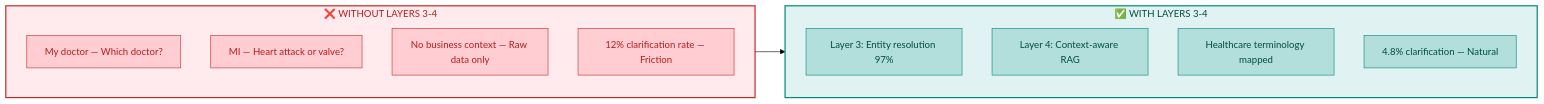
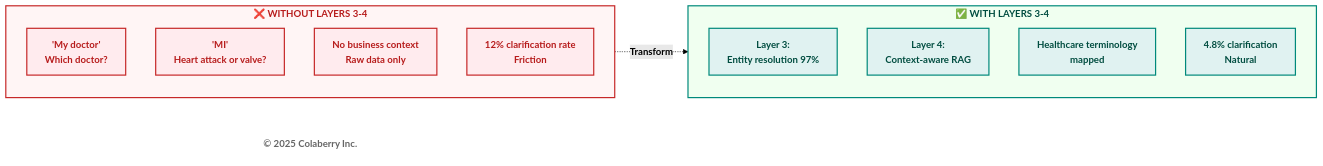
One commit to saitejesh-cyber/trust-before-intelligence-book changed the first of 13 diagrams in manuscript/chapter_5_intelligence_layers_v2_3.md. Above: the diagram before and after it, drawn with Mermaid (forest theme). The commit also changed other lines of this file and 52 other files, not shown here.

````diff
--- a/manuscript/chapter_5_intelligence_layers_v2_3.md
+++ b/manuscript/chapter_5_intelligence_layers_v2_3.md
@@ -15,29 +15,32 @@
 ```mermaid
-graph LR
-    subgraph BEFORE["❌ WITHOUT LAYERS 3-4"]
-        B1["My doctor — Which doctor?"]
-        B2["MI — Heart attack or valve?"]
-        B3["No business context — Raw data only"]
-        B4["12% clarification rate — Friction"]
+flowchart LR
+    subgraph WITHOUT["<b>❌ WITHOUT LAYERS 3-4</b>"]
+        W1["<b>'My doctor'</b><br/><b>Which doctor?</b>"]
+        W2["<b>'MI'</b><br/><b>Heart attack or valve?</b>"]
+        W3["<b>No business context</b><br/><b>Raw data only</b>"]
+        W4["<b>12% clarification rate</b><br/><b>Friction</b>"]
     end
-    
-    subgraph AFTER["✅ WITH LAYERS 3-4"]
-        A1["Layer 3: Entity resolution 97%"]
-        A2["Layer 4: Context-aware RAG"]
-        A3["Healthcare terminology mapped"]
-        A4["4.8% clarification — Natural"]
+
+    subgraph WITH["<b>✅ WITH LAYERS 3-4</b>"]
+        L3["<b>Layer 3:</b><br/><b>Entity resolution 97%</b>"]
+        L4["<b>Layer 4:</b><br/><b>Context-aware RAG</b>"]
+        H["<b>Healthcare terminology</b><br/><b>mapped</b>"]
+        N["<b>4.8% clarification</b><br/><b>Natural</b>"]
     end
-    
-    BEFORE --> AFTER
-    
-    style BEFORE fill:#ffebee,stroke:#c62828,stroke-width:2px,color:#b71c1c
-    style AFTER fill:#e0f2f1,stroke:#00897b,stroke-width:2px,color:#004d40
-    style B1 fill:#ffcdd2,stroke:#c62828,color:#b71c1c
-    style B2 fill:#ffcdd2,stroke:#c62828,color:#b71c1c
-    style B3 fill:#ffcdd2,stroke:#c62828,color:#b71c1c
-    style B4 fill:#ffcdd2,stroke:#c62828,color:#b71c1c
-    style A1 fill:#b2dfdb,stroke:#00897b,color:#004d40
-    style A2 fill:#b2dfdb,stroke:#00897b,color:#004d40
-    style A3 fill:#b2dfdb,stroke:#00897b,color:#004d40
-    style A4 fill:#b2dfdb,stroke:#00897b,color:#004d40
+
+    Copyright["<b>© 2025 Colaberry Inc.</b>"]
+
+    WITHOUT -.->|"<b>Transform</b>"| WITH
+
+    style WITHOUT fill:#fff5f5,stroke:#c62828,stroke-width:2px,color:#b71c1c
+    style W1 fill:#ffebee,stroke:#c62828,stroke-width:2px,color:#b71c1c
+    style W2 fill:#ffebee,stroke:#c62828,stroke-width:2px,color:#b71c1c
+    style W3 fill:#ffebee,stroke:#c62828,stroke-width:2px,color:#b71c1c
+    style W4 fill:#ffebee,stroke:#c62828,stroke-width:2px,color:#b71c1c
+    style WITH fill:#f0fff0,stroke:#00897b,stroke-width:2px,color:#004d40
+    style L3 fill:#e0f2f1,stroke:#00897b,stroke-width:2px,color:#004d40
+    style L4 fill:#e0f2f1,stroke:#00897b,stroke-width:2px,color:#004d40
+    style H fill:#e0f2f1,stroke:#00897b,stroke-width:2px,color:#004d40
+    style N fill:#e0f2f1,stroke:#00897b,stroke-width:2px,color:#004d40
+    style Copyright fill:#ffffff,stroke:none,color:#666666
 ```
````
